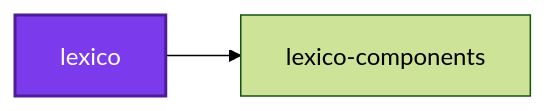
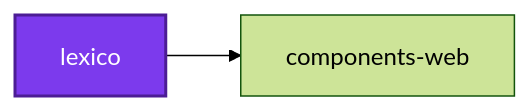
The first of 2 diagrams in applications/lexico/README.md (Organizzolini/codebase), drawn with Mermaid (forest theme) before and after one commit. The commit also changed other lines of this file and 123 other files, not shown here.

Commit message:
refactor(components-web): ♻️ rename lexico-components to components-web

````diff
--- a/applications/lexico/README.md
+++ b/applications/lexico/README.md
@@ -476,8 +476,8 @@
 ```mermaid
 graph LR
+  components_web["components-web"]
   lexico["lexico"]
-  lexico_components["lexico-components"]
-  lexico --> lexico_components
+  lexico --> components_web
   classDef subject fill:#7c3aed,color:#fff,stroke:#4c1d95,stroke-width:2px
   class lexico subject
 ```
````
